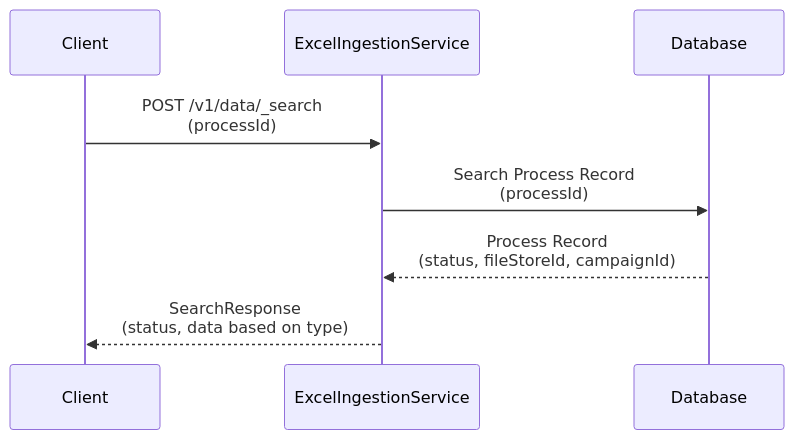
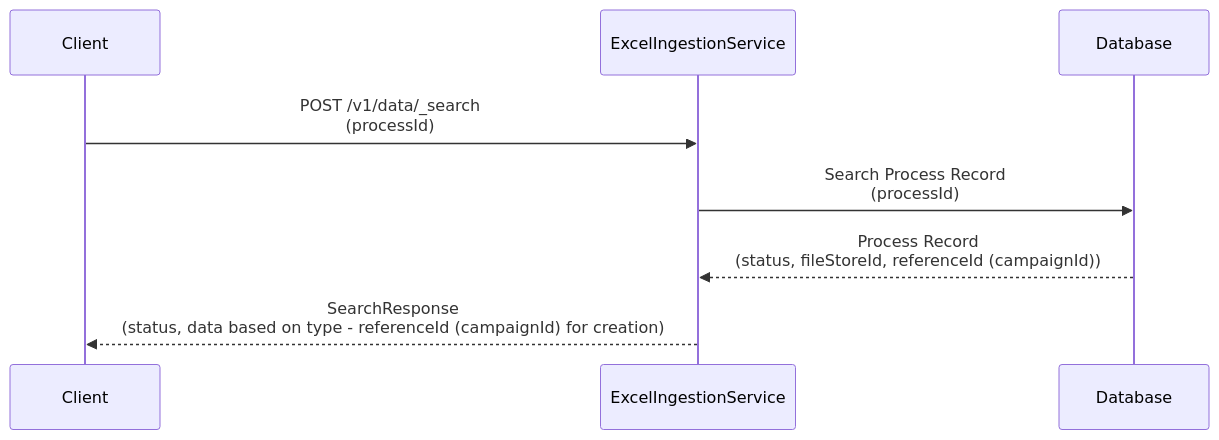
One commit to ashish-egov/campaign-whole-sheet-ingestion changed the fifth of 5 diagrams in tempDesign.md. Above: the diagram before and after it, drawn with Mermaid. The commit also changed other lines of this file, not shown here.

````diff
--- a/tempDesign.md
+++ b/tempDesign.md
@@ -169,13 +169,13 @@
 ```mermaid
 sequenceDiagram
     participant Client
     participant ExcelIngestionService
     participant Database
     
     Client->>ExcelIngestionService: POST /v1/data/_search<br/>(processId)
     
     ExcelIngestionService->>Database: Search Process Record<br/>(processId)
-    Database-->>ExcelIngestionService: Process Record<br/>(status, fileStoreId, campaignId)
+    Database-->>ExcelIngestionService: Process Record<br/>(status, fileStoreId, referenceId (campaignId))
     
-    ExcelIngestionService-->>Client: SearchResponse<br/>(status, data based on type)
+    ExcelIngestionService-->>Client: SearchResponse<br/>(status, data based on type - referenceId (campaignId) for creation)
 ```
````
